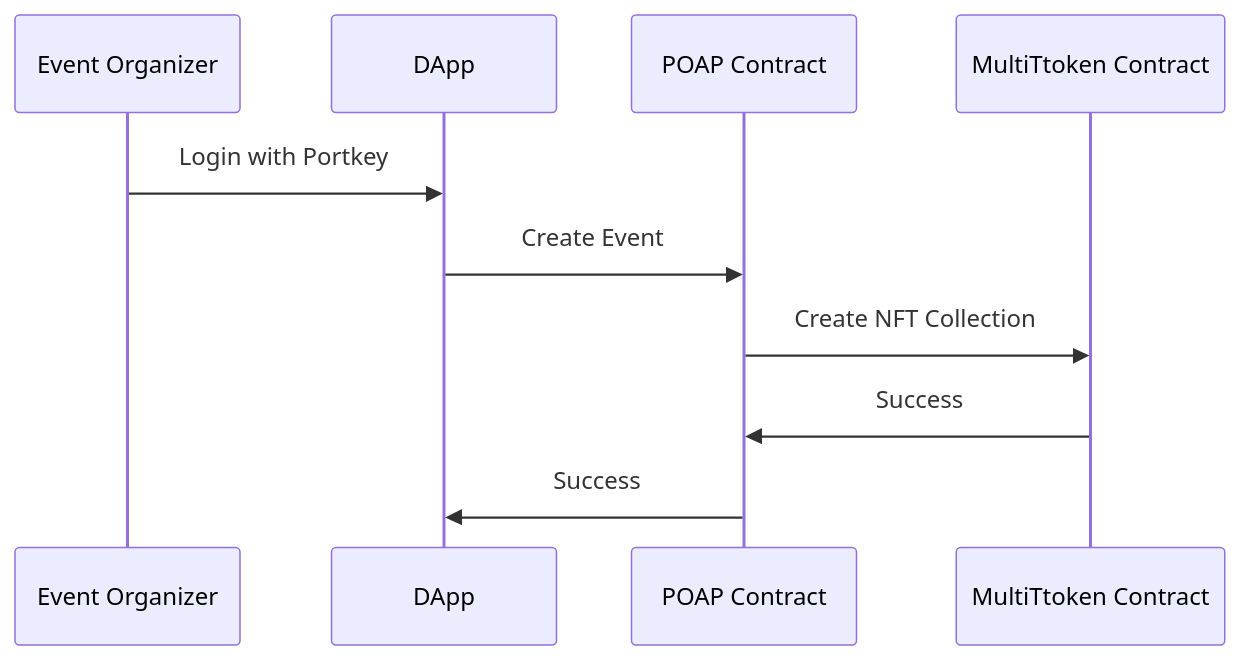
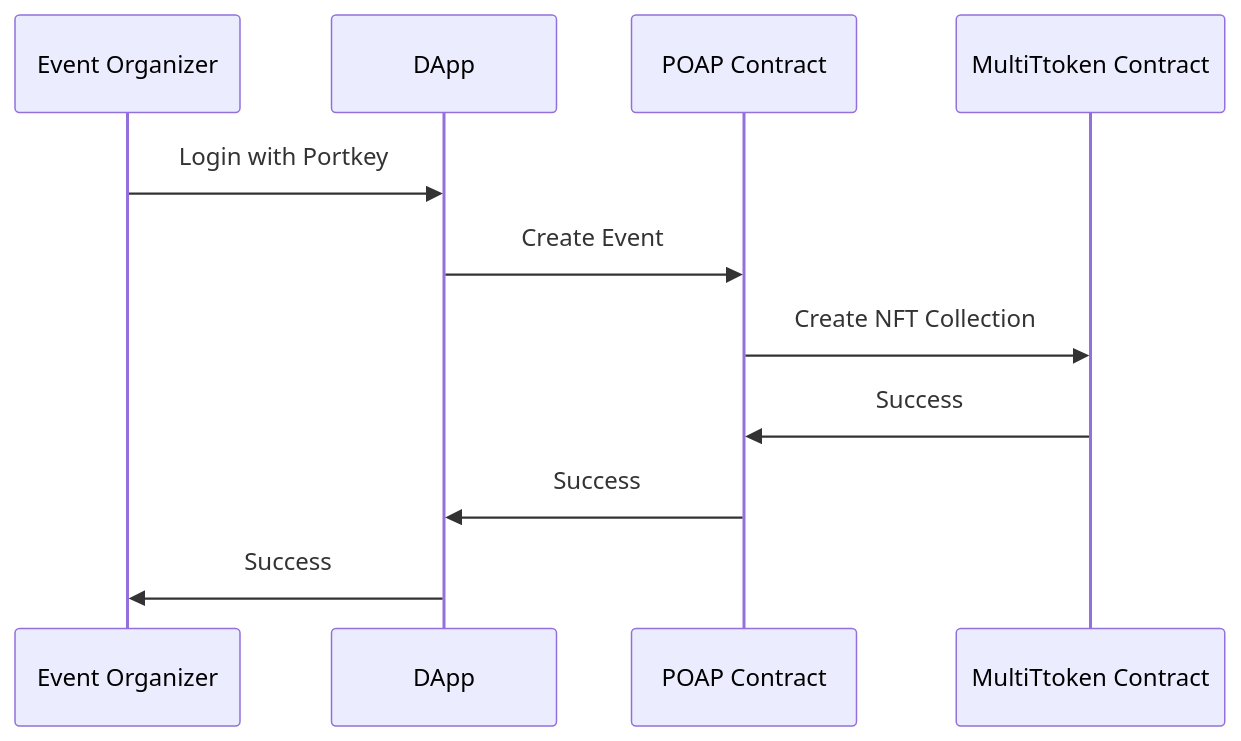
Before and after one commit to yongenportkey/nus-workshop-2024-microsite: the first of 2 diagrams in docs/intro.md, drawn with Mermaid.

Commit message:
Add one more step for creating an event

````diff
--- a/docs/intro.md
+++ b/docs/intro.md
@@ -37,8 +37,9 @@
 ```mermaid
 sequenceDiagram
     Event Organizer->>DApp: Login with Portkey
     DApp->>POAP Contract: Create Event
     POAP Contract->>MultiTtoken Contract: Create NFT Collection
     MultiTtoken Contract->>POAP Contract: Success
     POAP Contract->>DApp: Success
+    DApp->>Event Organizer: Success
 ```
````
